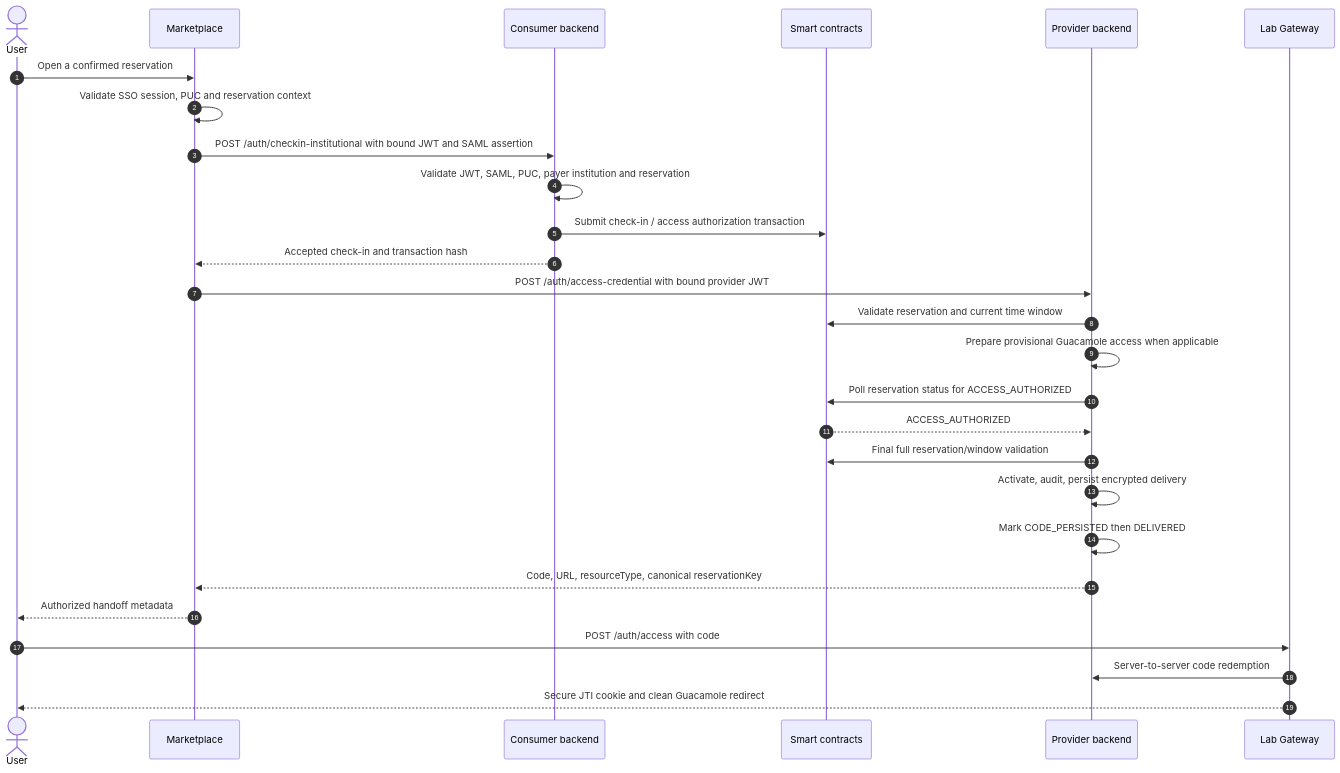
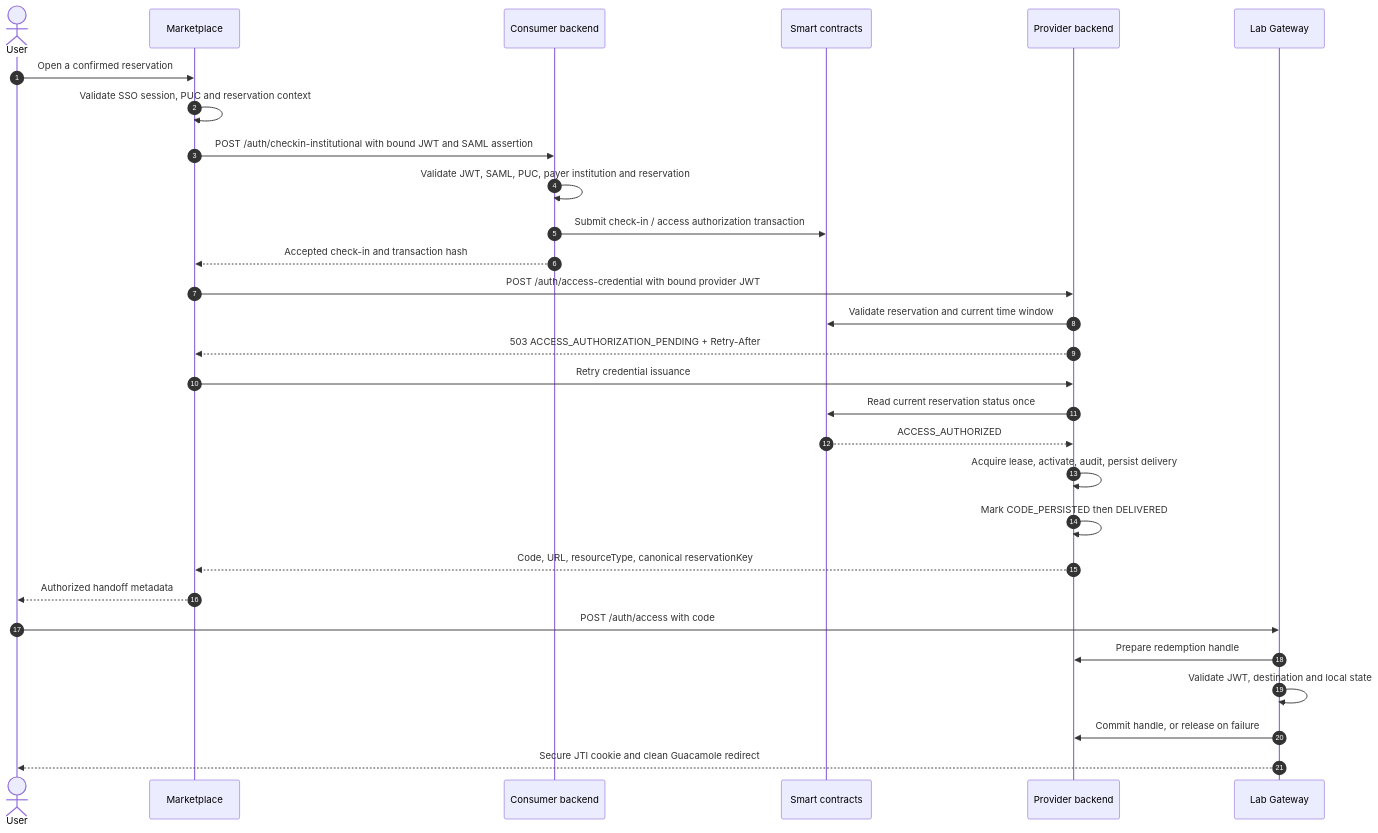
One commit to DecentraLabsCom/Lab-Gateway changed the second of 2 diagrams in docs/workflows/institutional-check-in-access-sessions.md. Above: the diagram before and after it, drawn with Mermaid. The commit also changed other lines of this file and 34 other files, not shown here.

Commit message:
Align gateway access flow and documentation

````diff
--- a/docs/workflows/institutional-check-in-access-sessions.md
+++ b/docs/workflows/institutional-check-in-access-sessions.md
@@ -55,30 +55,32 @@
 ```mermaid
 sequenceDiagram
     autonumber
     actor User
     participant Marketplace
     participant Consumer as Consumer backend
     participant Chain as Smart contracts
     participant Provider as Provider backend
     participant Gateway as Lab Gateway
 
     User->>Marketplace: Open a confirmed reservation
     Marketplace->>Marketplace: Validate SSO session, PUC and reservation context
     Marketplace->>Consumer: POST /auth/checkin-institutional with bound JWT and SAML assertion
     Consumer->>Consumer: Validate JWT, SAML, PUC, payer institution and reservation
     Consumer->>Chain: Submit check-in / access authorization transaction
     Consumer-->>Marketplace: Accepted check-in and transaction hash
     Marketplace->>Provider: POST /auth/access-credential with bound provider JWT
     Provider->>Chain: Validate reservation and current time window
-    Provider->>Provider: Prepare provisional Guacamole access when applicable
-    Provider->>Chain: Poll reservation status for ACCESS_AUTHORIZED
+    Provider-->>Marketplace: 503 ACCESS_AUTHORIZATION_PENDING + Retry-After
+    Marketplace->>Provider: Retry credential issuance
+    Provider->>Chain: Read current reservation status once
     Chain-->>Provider: ACCESS_AUTHORIZED
-    Provider->>Chain: Final full reservation/window validation
-    Provider->>Provider: Activate, audit, persist encrypted delivery
+    Provider->>Provider: Acquire lease, activate, audit, persist delivery
     Provider->>Provider: Mark CODE_PERSISTED then DELIVERED
     Provider-->>Marketplace: Code, URL, resourceType, canonical reservationKey
     Marketplace-->>User: Authorized handoff metadata
     User->>Gateway: POST /auth/access with code
-    Gateway->>Provider: Server-to-server code redemption
+    Gateway->>Provider: Prepare redemption handle
+    Gateway->>Gateway: Validate JWT, destination and local state
+    Gateway->>Provider: Commit handle, or release on failure
     Gateway-->>User: Secure JTI cookie and clean Guacamole redirect
 ```
````
